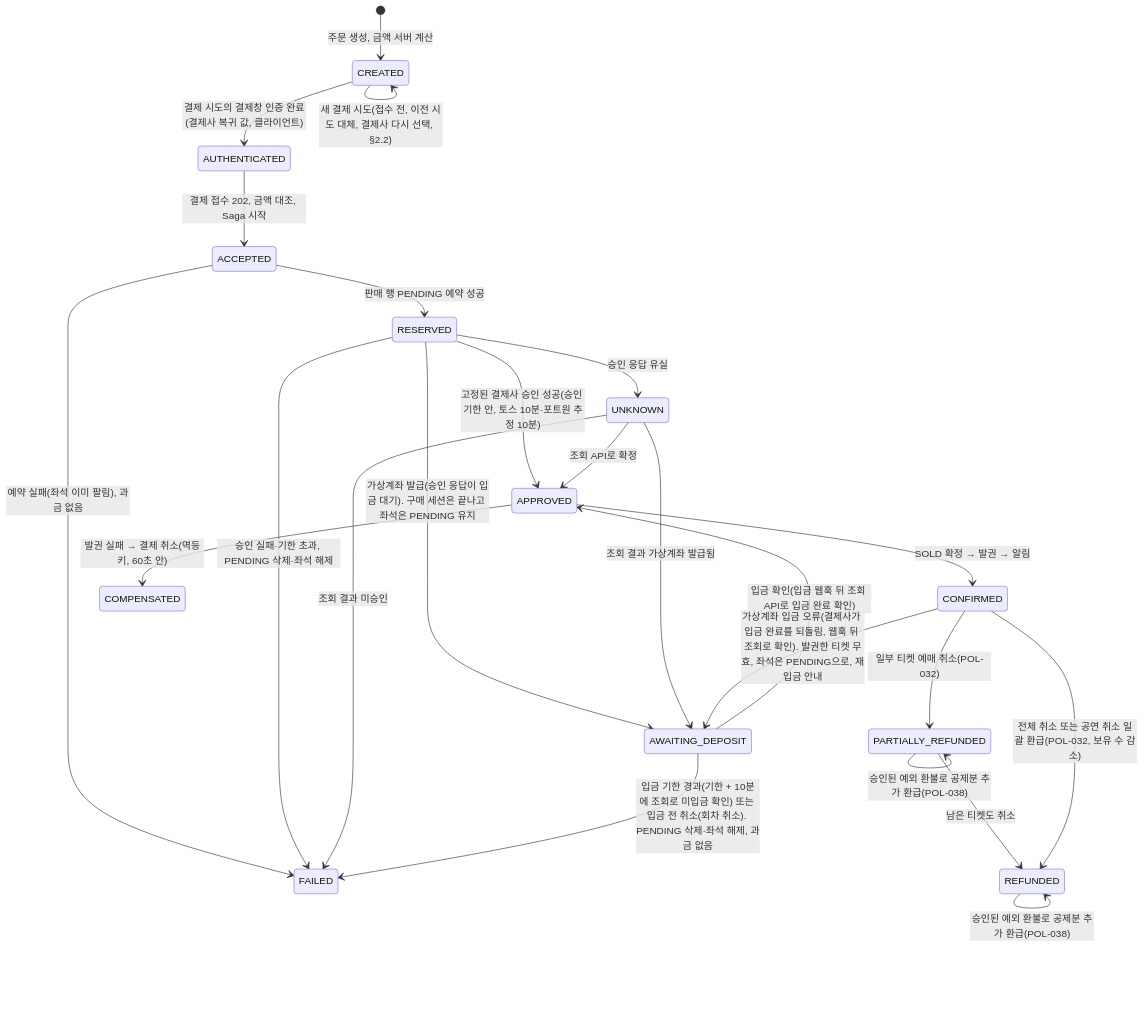
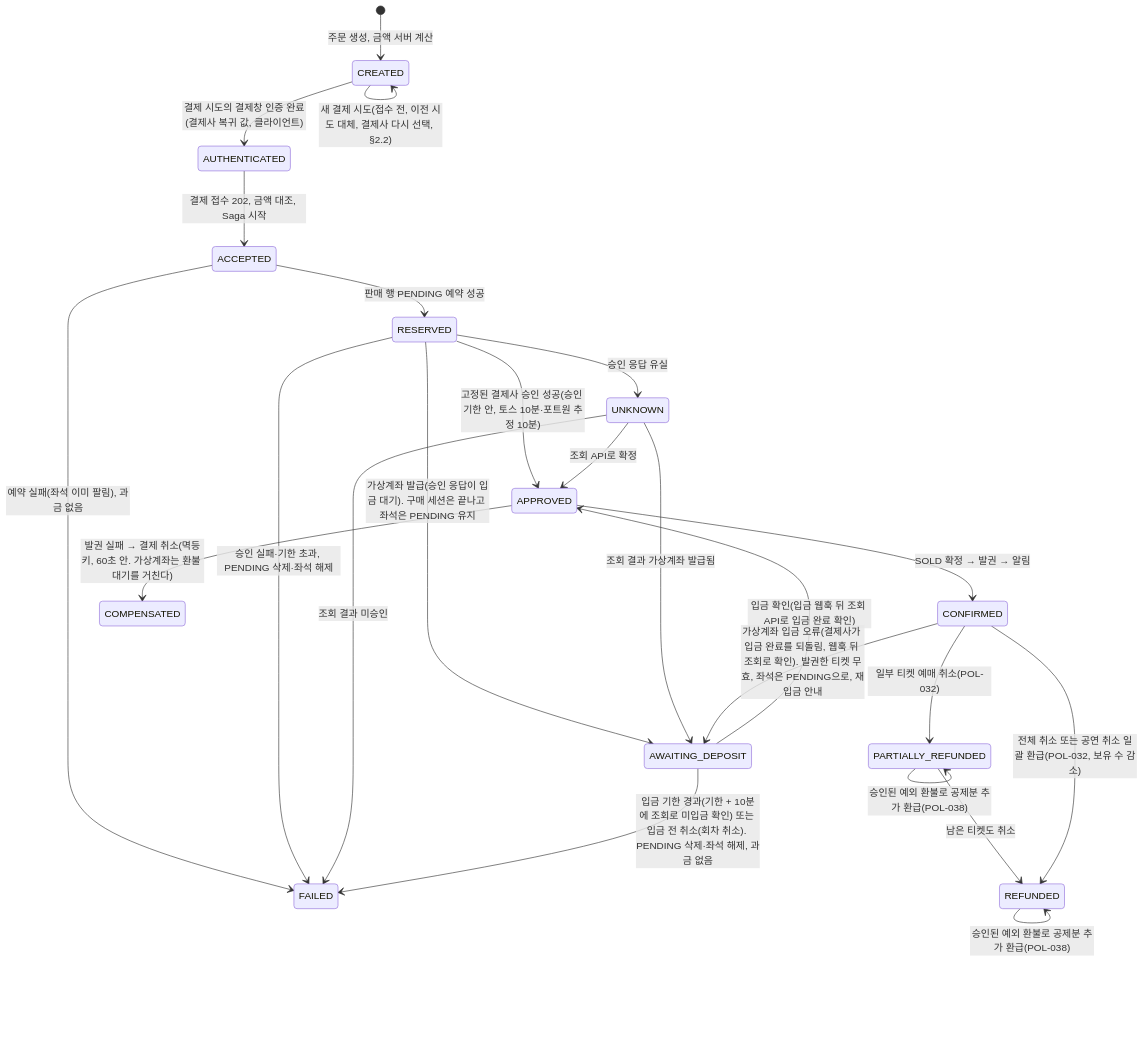
One commit to peaket/peaket changed the second of 3 diagrams in docs/features/payment.md. Above: the diagram before and after it, drawn with Mermaid. The commit also changed other lines of this file and 85 other files, not shown here.

````diff
--- a/docs/features/payment.md
+++ b/docs/features/payment.md
@@ -140,26 +140,26 @@
 ```mermaid
 stateDiagram-v2
     [*] --> CREATED: 주문 생성, 금액 서버 계산
     CREATED --> CREATED: 새 결제 시도(접수 전, 이전 시도 대체, 결제사 다시 선택, §2.2)
     CREATED --> AUTHENTICATED: 결제 시도의 결제창 인증 완료(결제사 복귀 값, 클라이언트)
     AUTHENTICATED --> ACCEPTED: 결제 접수 202, 금액 대조, Saga 시작
     ACCEPTED --> RESERVED: 판매 행 PENDING 예약 성공
     ACCEPTED --> FAILED: 예약 실패(좌석 이미 팔림), 과금 없음
     RESERVED --> APPROVED: 고정된 결제사 승인 성공(승인 기한 안, 토스 10분·포트원 추정 10분)
     RESERVED --> AWAITING_DEPOSIT: 가상계좌 발급(승인 응답이 입금 대기). 구매 세션은 끝나고 좌석은 PENDING 유지
     RESERVED --> FAILED: 승인 실패·기한 초과, PENDING 삭제·좌석 해제
     RESERVED --> UNKNOWN: 승인 응답 유실
     UNKNOWN --> APPROVED: 조회 API로 확정
     UNKNOWN --> AWAITING_DEPOSIT: 조회 결과 가상계좌 발급됨
     UNKNOWN --> FAILED: 조회 결과 미승인
     AWAITING_DEPOSIT --> APPROVED: 입금 확인(입금 웹훅 뒤 조회 API로 입금 완료 확인)
     AWAITING_DEPOSIT --> FAILED: 입금 기한 경과(기한 + 10분에 조회로 미입금 확인) 또는 입금 전 취소(회차 취소). PENDING 삭제·좌석 해제, 과금 없음
     APPROVED --> CONFIRMED: SOLD 확정 → 발권 → 알림
-    APPROVED --> COMPENSATED: 발권 실패 → 결제 취소(멱등키, 60초 안)
+    APPROVED --> COMPENSATED: 발권 실패 → 결제 취소(멱등키, 60초 안. 가상계좌는 환불 대기를 거친다)
     CONFIRMED --> AWAITING_DEPOSIT: 가상계좌 입금 오류(결제사가 입금 완료를 되돌림, 웹훅 뒤 조회로 확인). 발권한 티켓 무효, 좌석은 PENDING으로, 재입금 안내
     CONFIRMED --> PARTIALLY_REFUNDED: 일부 티켓 예매 취소(POL-032)
     PARTIALLY_REFUNDED --> REFUNDED: 남은 티켓도 취소
     CONFIRMED --> REFUNDED: 전체 취소 또는 공연 취소 일괄 환급(POL-032, 보유 수 감소)
     PARTIALLY_REFUNDED --> PARTIALLY_REFUNDED: 승인된 예외 환불로 공제분 추가 환급(POL-038)
     REFUNDED --> REFUNDED: 승인된 예외 환불로 공제분 추가 환급(POL-038)
 ```
````
